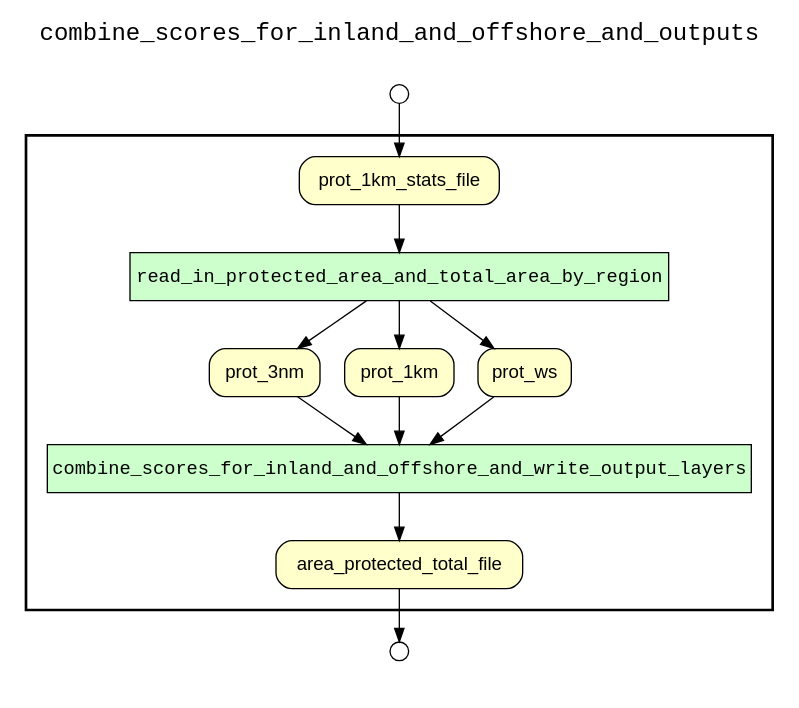
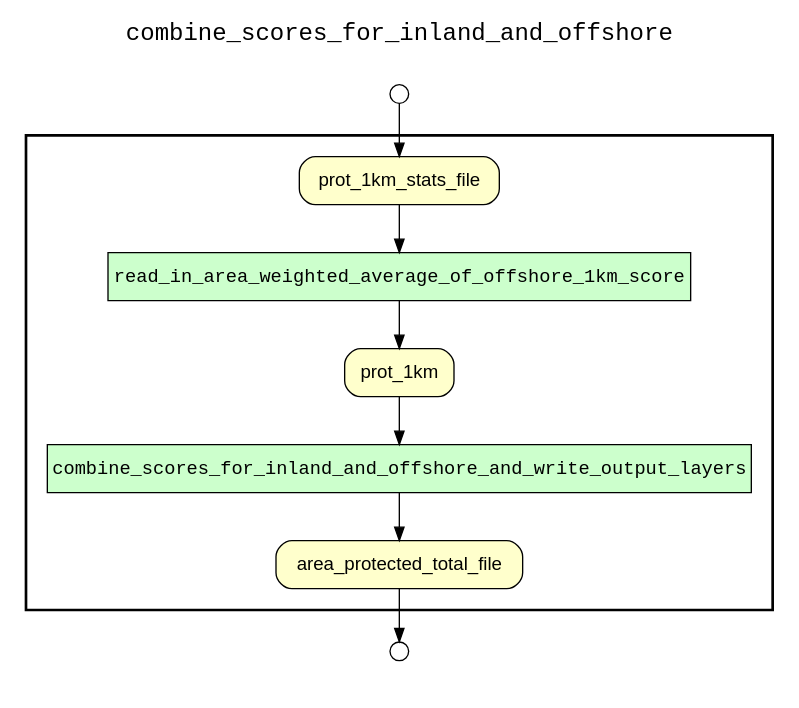
Before and after one commit to sycao5/runManager-multipleRuns: the diagram in examples/OHIBC_Howe_Sound/hybrid provenance queries/examples/combine_inland_and_offshore/results/wf_downstream_of_prot_1km_stats_file.gv, drawn with Graphviz. The commit also changed 67 other files, not shown here.

Commit message:
Update hybrid provenance results for lsp_zonal_stats.R, estimate_status_and_trend_by_year.R, and combine_inland_and_offshore.R

```diff
--- a/examples/OHIBC_Howe_Sound/hybrid provenance queries/examples/combine_inland_and_offshore/results/wf_downstream_of_prot_1km_stats_file.gv
+++ b/examples/OHIBC_Howe_Sound/hybrid provenance queries/examples/combine_inland_and_offshore/results/wf_downstream_of_prot_1km_stats_file.gv
@@ -1,40 +1,34 @@
 
 digraph yw_data_view {
 rankdir=TB
 fontname=Courier; fontsize=18; labelloc=t
-label="combine_scores_for_inland_and_offshore_and_outputs"
+label="combine_scores_for_inland_and_offshore"
 subgraph cluster_workflow { label=""; color=black; penwidth=2
 subgraph cluster_workflow_inner { label=""; color=white
 node[shape=box style="filled" fillcolor="#CCFFCC" peripheries=1 fontname=Courier]
 combine_scores_for_inland_and_offshore_and_write_output_layers
-read_in_protected_area_and_total_area_by_region
+read_in_area_weighted_average_of_offshore_1km_score
 node[shape=box style="filled" fillcolor="#CCFFCC" peripheries=1 fontname=Courier]
 node[shape=box style="rounded,filled" fillcolor="#FFFFCC" peripheries=1 fontname=Helvetica]
 prot_1km_stats_file
-prot_3nm
 prot_1km
-prot_ws
 area_protected_total_file
 node[shape=box style="rounded,filled" fillcolor="#FFFFFF" peripheries=1 fontname=Helvetica]
 }}
 subgraph cluster_inflows { label=""; color=white; penwidth=2
 subgraph cluster_inflows_inner { label=""; color=white
 node[shape=circle fillcolor="#FFFFFF" peripheries=1 width=0.2]
 prot_1km_stats_file_inflow [label=""]
 }}
 subgraph cluster_outflows { label=""; color=white; penwidth=2
 subgraph cluster_outflows_inner { label=""; color=white
 node[shape=circle fillcolor="#FFFFFF" peripheries=1 width=0.2]
 area_protected_total_file_outflow [label=""]
 }}
 combine_scores_for_inland_and_offshore_and_write_output_layers -> area_protected_total_file
-read_in_protected_area_and_total_area_by_region -> prot_ws
-read_in_protected_area_and_total_area_by_region -> prot_1km
-read_in_protected_area_and_total_area_by_region -> prot_3nm
-prot_1km_stats_file -> read_in_protected_area_and_total_area_by_region
-prot_3nm -> combine_scores_for_inland_and_offshore_and_write_output_layers
+read_in_area_weighted_average_of_offshore_1km_score -> prot_1km
+prot_1km_stats_file -> read_in_area_weighted_average_of_offshore_1km_score
 prot_1km -> combine_scores_for_inland_and_offshore_and_write_output_layers
-prot_ws -> combine_scores_for_inland_and_offshore_and_write_output_layers
 prot_1km_stats_file_inflow -> prot_1km_stats_file
 area_protected_total_file -> area_protected_total_file_outflow
 }
```
